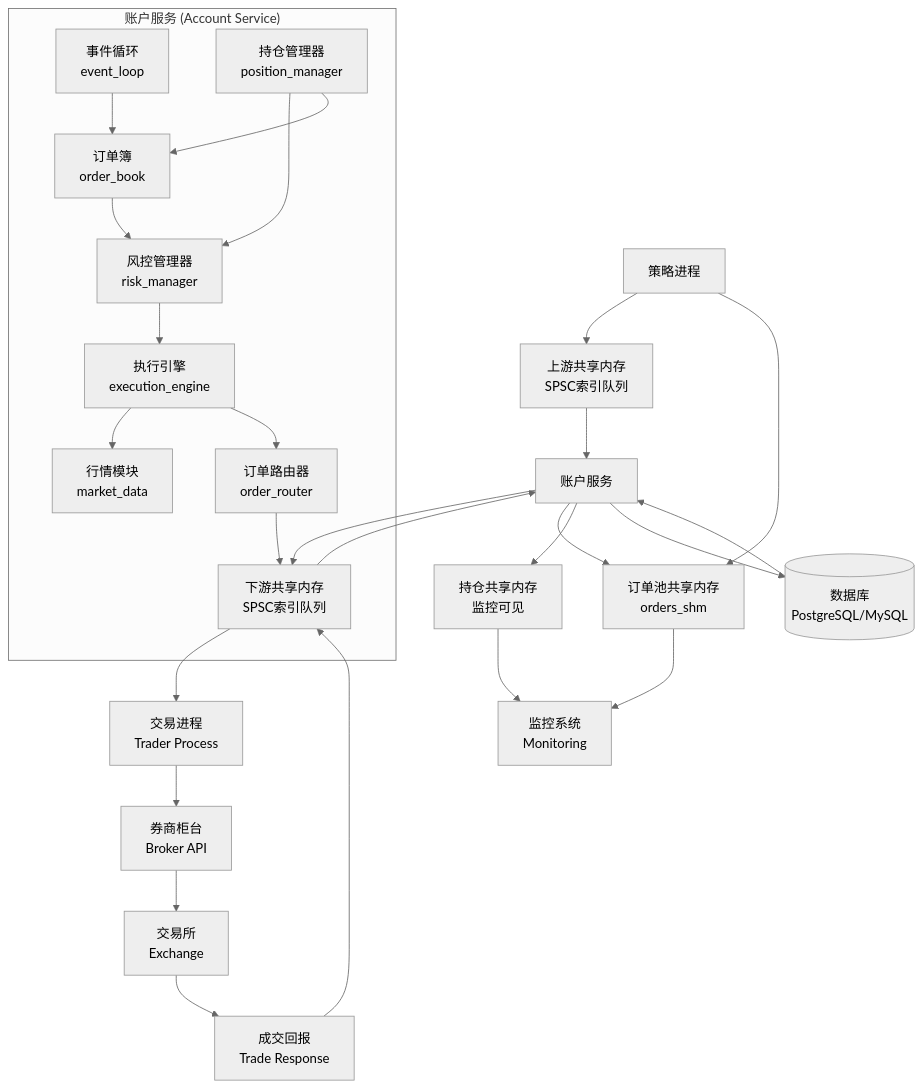
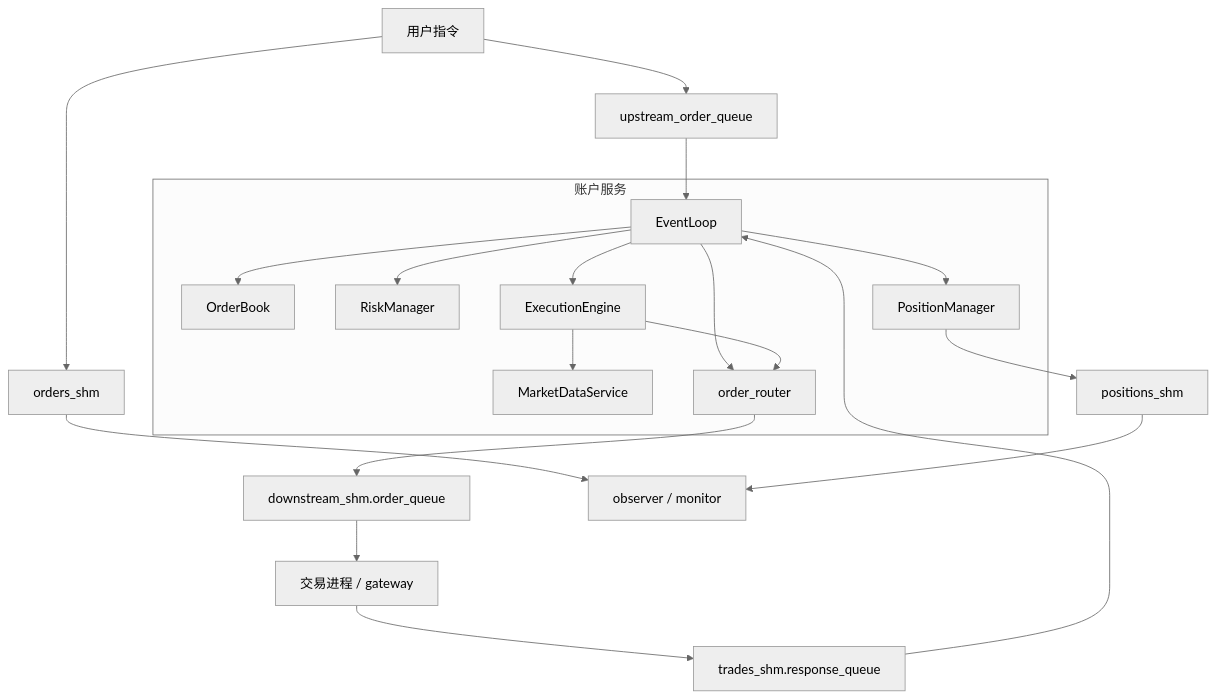
The third of 3 diagrams in docs/order_flowchart.md (monstersama/account_services), drawn with Mermaid (neutral theme) before and after one commit. The commit also changed other lines of this file and 15 other files, not shown here.

````diff
--- a/docs/order_flowchart.md
+++ b/docs/order_flowchart.md
@@ -163,53 +131,33 @@
 ```mermaid
 graph TB
-    %% 外部系统
-    Strategy[策略进程] --> UpstreamSHM[上游共享内存<br/>SPSC索引队列]
-    Strategy --> OrdersSHM[订单池共享内存<br/>orders_shm]
+    UserInstruction[用户指令] --> OrdersSHM[orders_shm]
+    UserInstruction --> UpstreamSHM[upstream_order_queue]
 
-    UpstreamSHM --> AccountService[账户服务]
-
-    %% 账户服务内部组件
-    subgraph "账户服务 (Account Service)"
-        EventLoop[事件循环<br/>event_loop]
-        OrderBook[订单簿<br/>order_book]
-        RiskManager[风控管理器<br/>risk_manager]
-        ExecutionEngine[执行引擎<br/>execution_engine]
-        MarketData[行情模块<br/>market_data]
-        OrderRouter[订单路由器<br/>order_router]
-        PositionManager[持仓管理器<br/>position_manager]
-
-        EventLoop --> OrderBook
-        OrderBook --> RiskManager
-        RiskManager --> ExecutionEngine
-        ExecutionEngine --> MarketData
-        ExecutionEngine --> OrderRouter
-        OrderRouter --> DownstreamSHM
-        PositionManager --> RiskManager
-        PositionManager --> OrderBook
+    subgraph AccountService[账户服务]
+        EventLoop[EventLoop]
+        OrderBook[OrderBook]
+        RiskManager[RiskManager]
+        ExecutionEngine[ExecutionEngine]
+        MarketData[MarketDataService]
+        OrderRouter[order_router]
+        PositionManager[PositionManager]
     end
 
-    AccountService --> DownstreamSHM[下游共享内存<br/>SPSC索引队列]
-    AccountService --> OrdersSHM
+    UpstreamSHM --> EventLoop
+    EventLoop --> OrderBook
+    EventLoop --> RiskManager
+    EventLoop --> ExecutionEngine
+    EventLoop --> OrderRouter
+    EventLoop --> PositionManager
+    ExecutionEngine --> MarketData
+    ExecutionEngine --> OrderRouter
+    OrderRouter --> DownstreamSHM[downstream_shm.order_queue]
 
-    DownstreamSHM --> Trader[交易进程<br/>Trader Process]
+    DownstreamSHM --> Trader[交易进程 / gateway]
+    Trader --> TradesSHM[trades_shm.response_queue]
+    TradesSHM --> EventLoop
 
-    Trader --> Broker[券商柜台<br/>Broker API]
-
-    Broker --> Exchange[交易所<br/>Exchange]
-
-    Exchange --> TradeResponse[成交回报<br/>Trade Response]
-
-    TradeResponse --> DownstreamSHM
-
-    DownstreamSHM --> AccountService
-
-    %% 数据存储和监控
-    OrdersSHM --> Monitor[监控系统<br/>Monitoring]
-    AccountService --> PositionSHM[持仓共享内存<br/>监控可见]
-
-    PositionSHM --> Monitor[监控系统<br/>Monitoring]
-
-    AccountService --> Database[(数据库<br/>PostgreSQL/MySQL)]
-
-    Database --> AccountService
+    OrdersSHM --> Monitor[observer / monitor]
+    PositionManager --> PositionsSHM[positions_shm]
+    PositionsSHM --> Monitor
 ```
````
